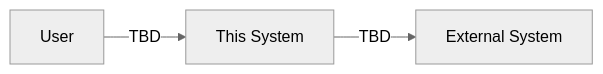
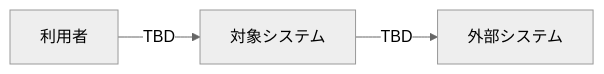
One commit to Suzlun/cf-tamac changed the first of 6 diagrams in openspec/schemas/new-feature/templates/design.md. Above: the diagram before and after it, drawn with Mermaid (neutral theme). The commit also changed other lines of this file and 1 other file, not shown here.

Commit message:
docs: align new feature schema guidance

````diff
--- a/openspec/schemas/new-feature/templates/design.md
+++ b/openspec/schemas/new-feature/templates/design.md
@@ -42,6 +44,6 @@
 ```mermaid
 flowchart LR
-  %% TODO: Add external systems/users/data stores and key interactions (with directions).
-  User[User] -->|TBD| System[This System]
-  System -->|TBD| External[External System]
+  %% TODO: 外部 system / user / data store と主要 interaction を日本語 label で記述する。
+  User[利用者] -->|TBD| System[対象システム]
+  System -->|TBD| External[外部システム]
 ```
````
